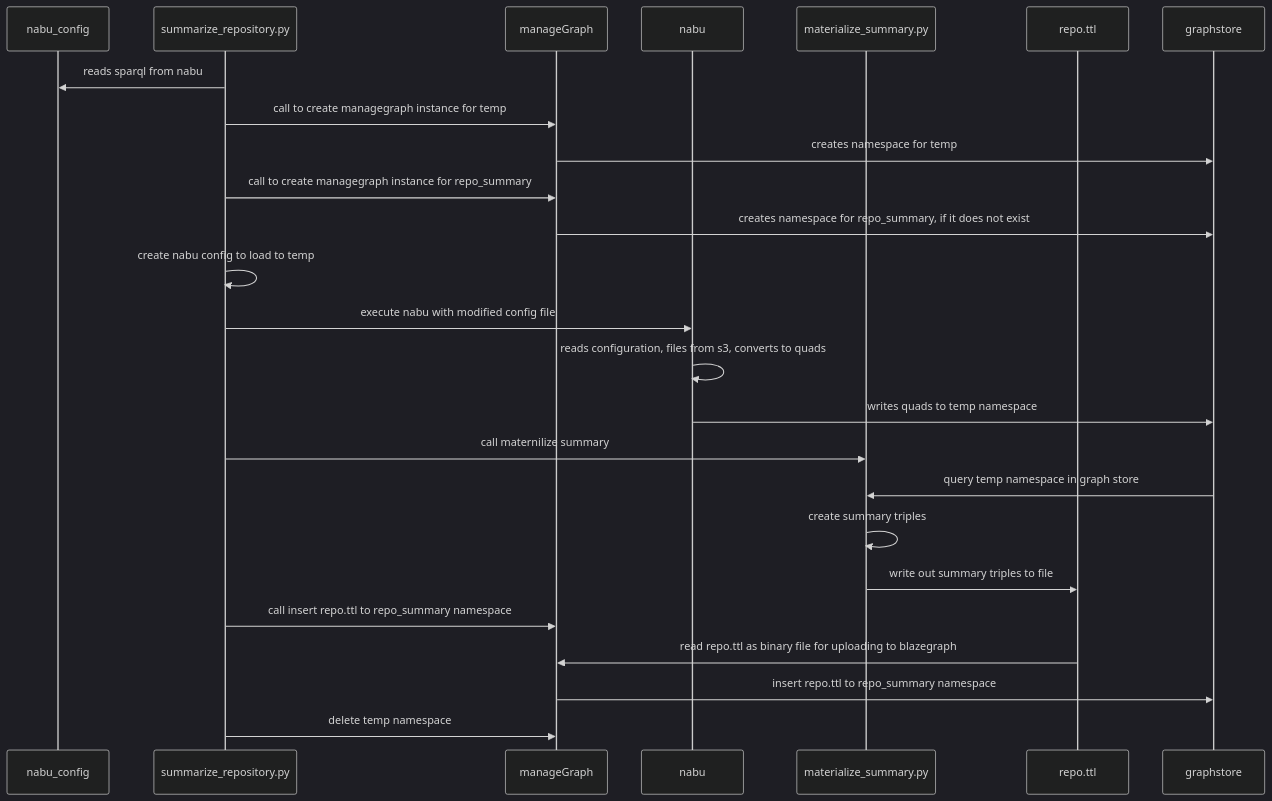
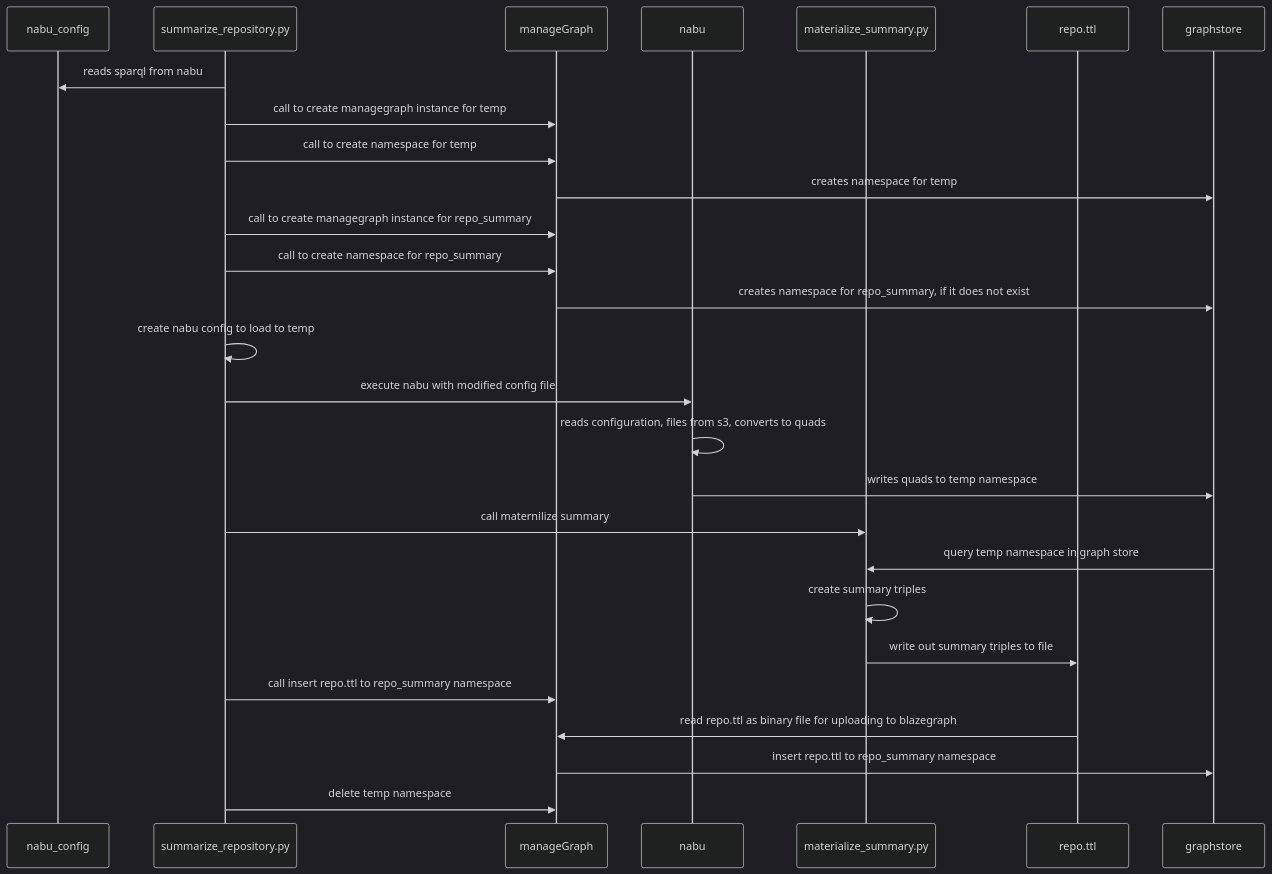
One commit to earthcube/earthcube_utilities changed the diagram in summarize/v2_proposal.md. Above: the diagram before and after it, drawn with Mermaid (dark theme). The commit also changed other lines of this file, not shown here.

Commit message:
add a sequence diagram

````diff
--- a/summarize/v2_proposal.md
+++ b/summarize/v2_proposal.md
@@ -56,31 +56,34 @@
 ```mermaid
 sequenceDiagram
     participant nabu_config
     participant summarize_repository.py
     participant manageGraph
     participant nabu
     participant materialize_summary.py
     participant repo.ttl
     participant graphstore
 
     
     summarize_repository.py->>nabu_config: reads sparql from nabu
     summarize_repository.py->>manageGraph: call to create managegraph instance for temp 
+        summarize_repository.py->>manageGraph: call to create namespace for temp 
     manageGraph->>graphstore: creates namespace  for temp
 
     summarize_repository.py->>manageGraph: call to create managegraph instance for repo_summary 
+            summarize_repository.py->>manageGraph: call to create namespace for repo_summary
+            
     manageGraph->>graphstore: creates namespace  for repo_summary, if it does not exist
     summarize_repository.py->>summarize_repository.py: create nabu config to load to temp  
     summarize_repository.py->>nabu:  execute nabu with modified config file
     nabu->>nabu:  reads configuration, files from s3, converts to quads 
     nabu->>graphstore:  writes quads to temp namespace
     summarize_repository.py->>materialize_summary.py: call maternilize summary
     graphstore->>materialize_summary.py: query temp namespace in graph store
     materialize_summary.py->>materialize_summary.py: create summary triples
     materialize_summary.py->>repo.ttl: write out summary triples to file
     summarize_repository.py->>manageGraph: call insert repo.ttl to repo_summary namespace
     repo.ttl->>manageGraph: read repo.ttl as binary file for uploading to blazegraph
     manageGraph->>graphstore: insert repo.ttl to repo_summary namespace
     summarize_repository.py->>manageGraph: delete temp namespace
     
 ```
````
